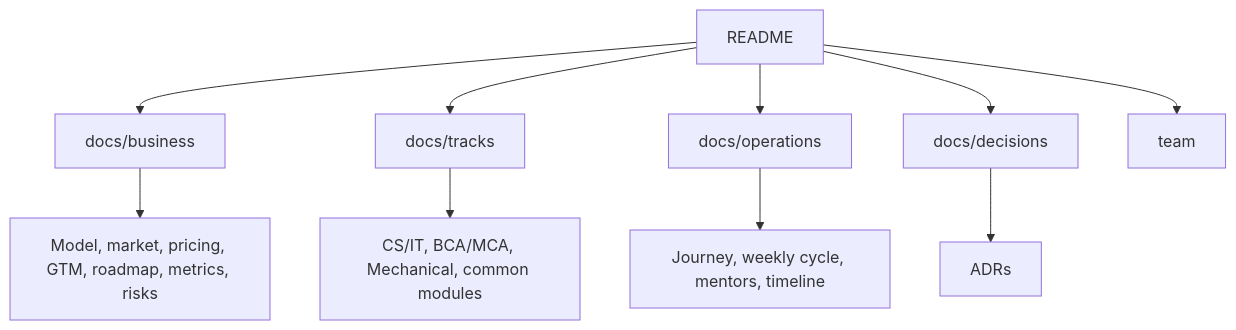
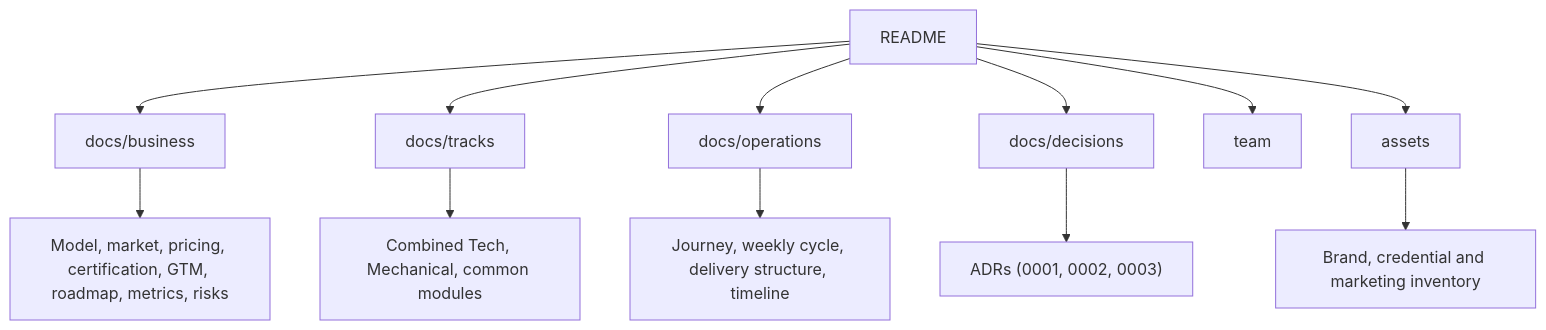
One commit to Anshitva7mishra/nms-placement-cohort changed the diagram in docs/00-overview.md. Above: the diagram before and after it, drawn with Mermaid. The commit also changed other lines of this file and 24 other files, not shown here.

````diff
--- a/docs/00-overview.md
+++ b/docs/00-overview.md
@@ -31,12 +39,14 @@
 ```mermaid
 flowchart TD
     A["README"] --> B["docs/business"]
     A --> C["docs/tracks"]
     A --> D["docs/operations"]
     A --> E["docs/decisions"]
     A --> F["team"]
-    B --> B1["Model, market, pricing, GTM, roadmap, metrics, risks"]
-    C --> C1["CS/IT, BCA/MCA, Mechanical, common modules"]
-    D --> D1["Journey, weekly cycle, mentors, timeline"]
-    E --> E1["ADRs"]
+    A --> G["assets"]
+    B --> B1["Model, market, pricing, certification, GTM, roadmap, metrics, risks"]
+    C --> C1["Combined Tech, Mechanical, common modules"]
+    D --> D1["Journey, weekly cycle, delivery structure, timeline"]
+    E --> E1["ADRs (0001, 0002, 0003)"]
+    G --> G1["Brand, credential and marketing inventory"]
 ```
````
